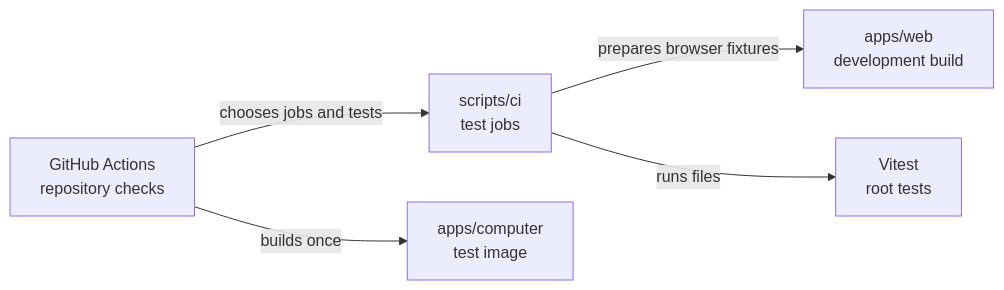
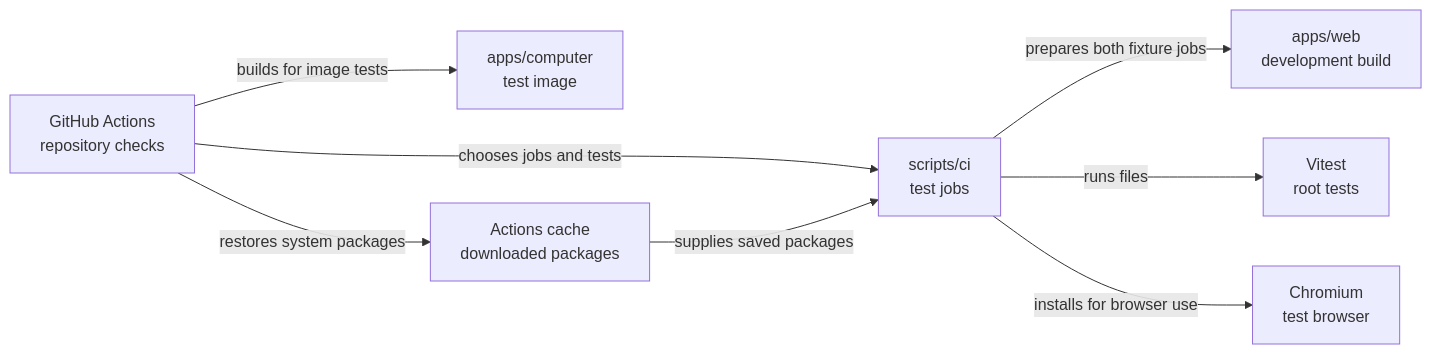
One commit to elewa-git/opencrane-new changed the diagram in scripts/ci/README.md. Above: the diagram before and after it, drawn with Mermaid. The commit also changed other lines of this file and 12 other files, not shown here.

First line of the commit message:
⚡ CI runs image tests and browser tests as two jobs side by side, and caches Chromium’s packages (#590)

````diff
--- a/scripts/ci/README.md
+++ b/scripts/ci/README.md
@@ -12,7 +13,10 @@
 ```mermaid
 flowchart LR
   actions["GitHub Actions<br/>repository checks"] -->|chooses jobs and tests| ci["scripts/ci<br/>test jobs"]
-  ci -->|prepares browser fixtures| web["apps/web<br/>development build"]
+  ci -->|prepares both fixture jobs| web["apps/web<br/>development build"]
   ci -->|runs files| vitest["Vitest<br/>root tests"]
-  actions -->|builds once| computer["apps/computer<br/>test image"]
+  actions -->|builds for image tests| computer["apps/computer<br/>test image"]
+  ci -->|installs for browser use| chromium["Chromium<br/>test browser"]
+  actions -->|restores system packages| cache["Actions cache<br/>downloaded packages"]
+  cache -->|supplies saved packages| ci
 ```
````
